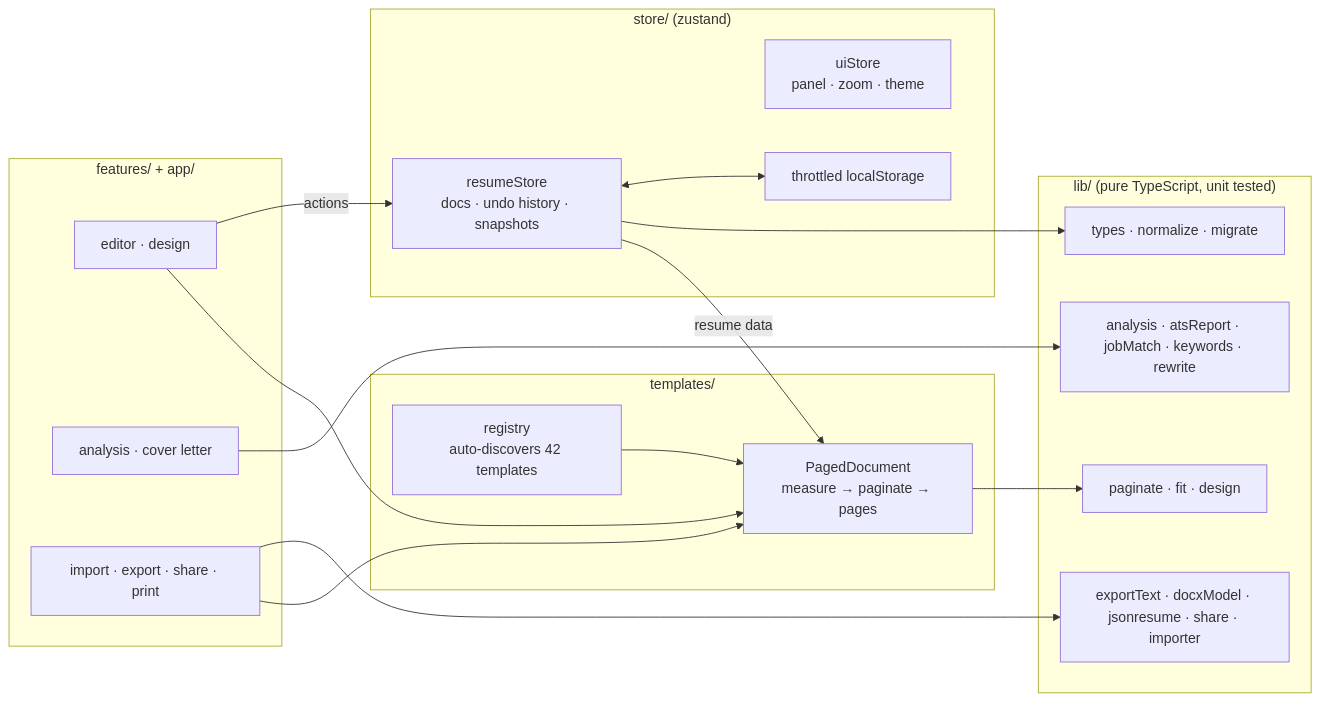
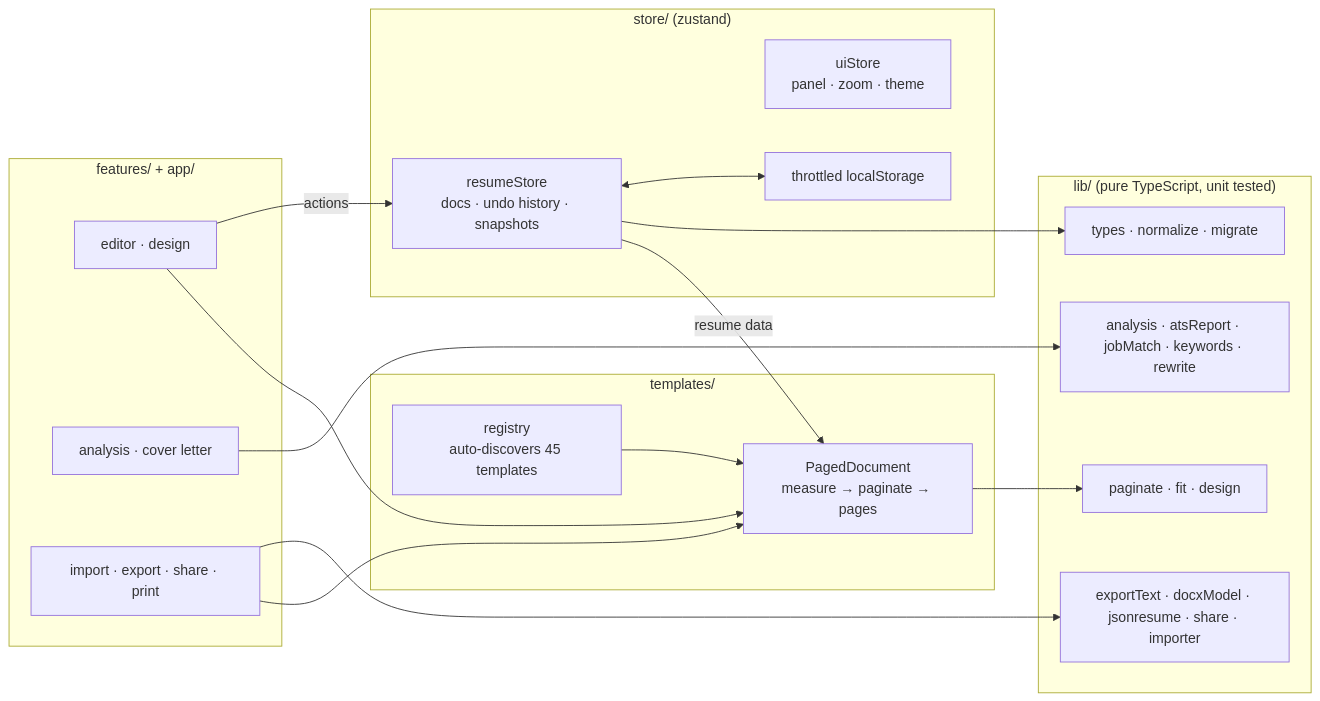
One commit to Jeevan2410/resumeforge changed the diagram in README.md. Above: the diagram before and after it, drawn with Mermaid. The commit also changed other lines of this file and 15 other files, not shown here.

First line of the commit message:
Add three graphic UI templates: Dashboard, Studio and Showcase

````diff
--- a/README.md
+++ b/README.md
@@ -95,33 +103,33 @@
 ```mermaid
 flowchart LR
   subgraph Store["store/ (zustand)"]
     RS[resumeStore<br/>docs · undo history · snapshots]
     UI[uiStore<br/>panel · zoom · theme]
     ST[throttled localStorage]
   end
   subgraph Lib["lib/ (pure TypeScript, unit tested)"]
     M[types · normalize · migrate]
     A[analysis · atsReport · jobMatch · keywords · rewrite]
     X[exportText · docxModel · jsonresume · share · importer]
     P[paginate · fit · design]
   end
   subgraph Templates["templates/"]
-    REG[registry<br/>auto-discovers 42 templates]
+    REG[registry<br/>auto-discovers 45 templates]
     PD[PagedDocument<br/>measure → paginate → pages]
   end
   subgraph Features["features/ + app/"]
     ED[editor · design]
     AN[analysis · cover letter]
     IO[import · export · share · print]
   end
   RS <--> ST
   RS --> M
   ED -- actions --> RS
   RS -- resume data --> PD
   REG --> PD
   PD --> P
   AN --> A
   IO --> X
   IO --> PD
   ED --> PD
 ```
````
